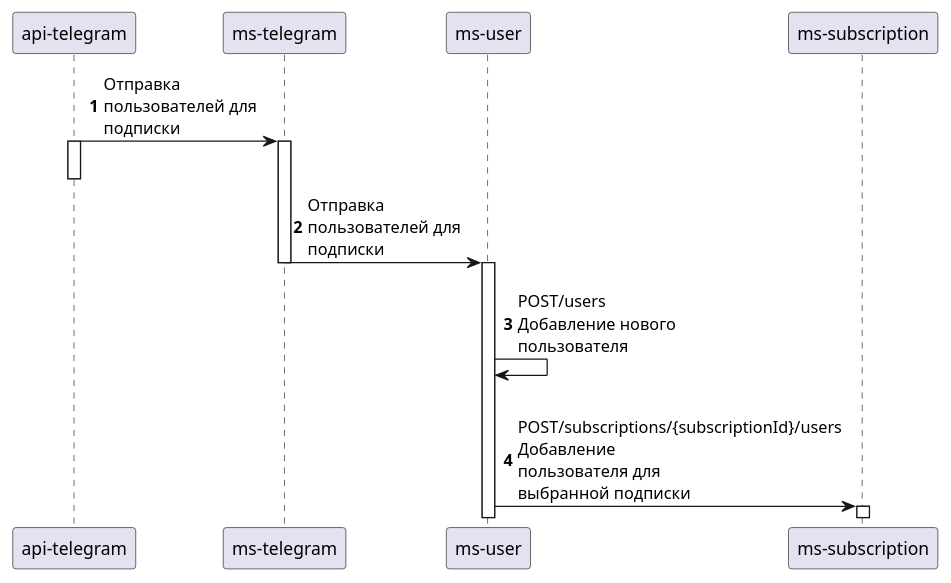
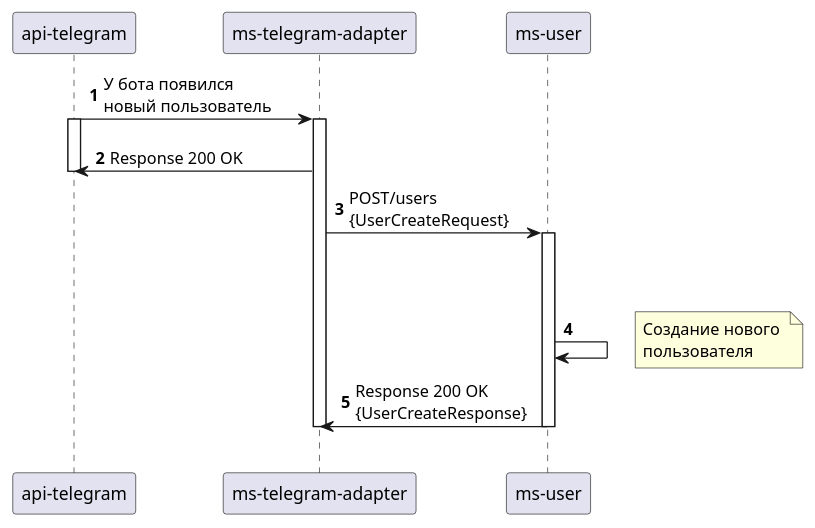
Before and after one commit to SomeTechStudio/lib-api: the diagram in sequence/newUserByTelegram.plantuml, drawn with PlantUML. The commit also changed 2 other files, not shown here.

Commit message:
Feature/SP-11 modified yaml subscription, modified 2 sequence

```diff
--- a/sequence/newUserByTelegram.plantuml
+++ b/sequence/newUserByTelegram.plantuml
@@ -1,29 +1,33 @@
 @startuml AddUserBySubscription
 autonumber
 skinparam {
     MaxMessageSize 150
     BoxPadding 10
     }
 skinparam sequence {
     ParticipantPadding 30
     MessageAlign left
 }
-
-participant "ms-subscription" as Sb order 60
-participant "ms-user" as Usr order 50
-participant "ms-telegram" as Tgm order 30
+participant "ms-user" as Usr order 40
+participant "ms-telegram-adapter" as Tgm order 30
 participant "api-telegram" as Api order 10
 
-Api -> Tgm: Отправка пользователей для подписки
+Api -> Tgm: У бота появился \nновый пользователь
 activate Api
+activate Tgm
+||10||
+Tgm -> Api: Response 200 OK
 deactivate Api
-activate Tgm
-Tgm -> Usr: Отправка пользователей для подписки
+
+Tgm -> Usr: POST/users  \n{UserCreateRequest}
+activate Usr
+||50||
+Usr -> Usr:
+note right :Создание нового \nпользователя
+
+Usr -> Tgm: Response 200 OK \n{UserCreateResponse}
 deactivate Tgm
-activate Usr
-||10||
-Usr -> Usr: POST/users \nДобавление нового пользователя
+deactivate Usr
 ||20||
-Usr -> Sb: POST/subscriptions/{subscriptionId}/users \nДобавление пользователя для выбранной подписки
-activate Sb
+
 @enduml
```
